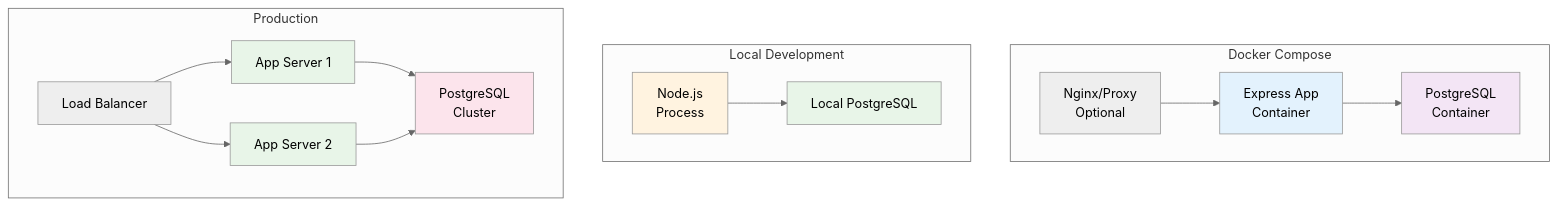
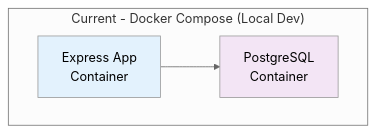
One commit to pradeepshrestha14/ticket-booking-node-backend changed the fifth of 5 diagrams in ARCHITECTURAL_DECISIONS.md. Above: the diagram before and after it, drawn with Mermaid (neutral theme). The commit also changed other lines of this file and 1 other file, not shown here.

````diff
--- a/ARCHITECTURAL_DECISIONS.md
+++ b/ARCHITECTURAL_DECISIONS.md
@@ -153,26 +176,9 @@
 ```mermaid
 graph TB
-    subgraph "Docker Compose"
+    subgraph "Current - Docker Compose (Local Dev)"
         A[Express App<br/>Container] --> B[PostgreSQL<br/>Container]
-        C[Nginx/Proxy<br/>Optional] --> A
-    end
-
-    subgraph "Local Development"
-        D[Node.js<br/>Process] --> E[Local PostgreSQL]
-    end
-
-    subgraph "Production"
-        F[Load Balancer] --> G[App Server 1]
-        F --> H[App Server 2]
-        G --> I[PostgreSQL<br/>Cluster]
-        H --> I
     end
 
     style A fill:#e3f2fd
     style B fill:#f3e5f5
-    style D fill:#fff3e0
-    style E fill:#e8f5e8
-    style G fill:#e8f5e8
-    style H fill:#e8f5e8
-    style I fill:#fce4ec
 ```
````
